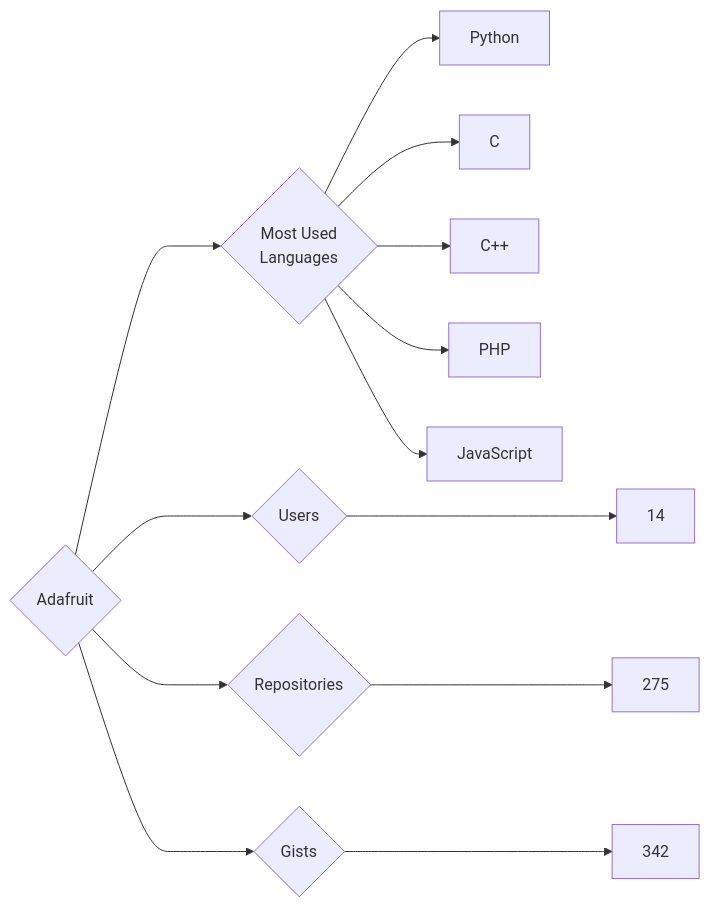
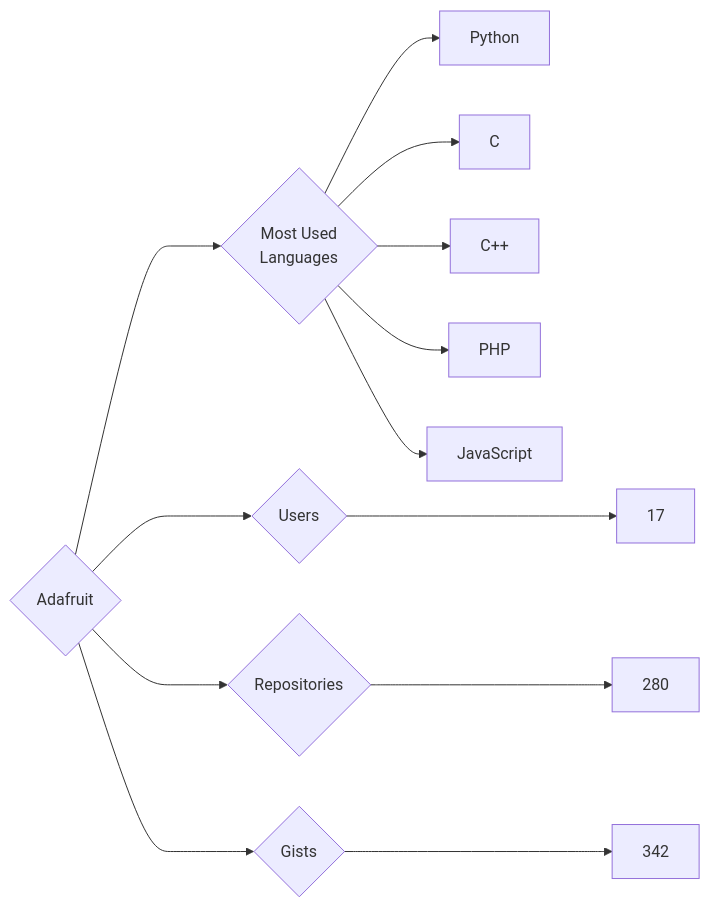
Before and after one commit to trickest/insiders: the diagram in targets/Adafruit/README.md, drawn with Mermaid. The commit also changed 912 other files, not shown here.

````diff
--- a/targets/Adafruit/README.md
+++ b/targets/Adafruit/README.md
@@ -3,13 +3,13 @@
 ```mermaid
 graph LR
 COMPANY_NAME{Adafruit}
-COMPANY_NAME ---> U{Users} ---> UN[14]
-COMPANY_NAME ---> R{Repositories} ---> RN[275]
+COMPANY_NAME ---> U{Users} ---> UN[17]
+COMPANY_NAME ---> R{Repositories} ---> RN[280]
 COMPANY_NAME ---> G{Gists} ---> GN[342]
 COMPANY_NAME ---> ML{Most Used<br>Languages}
 ML --> Python[Python]
 ML --> C[C]
 ML --> C++[C++]
 ML --> PHP[PHP]
 ML --> JavaScript[JavaScript]
 ```
````
